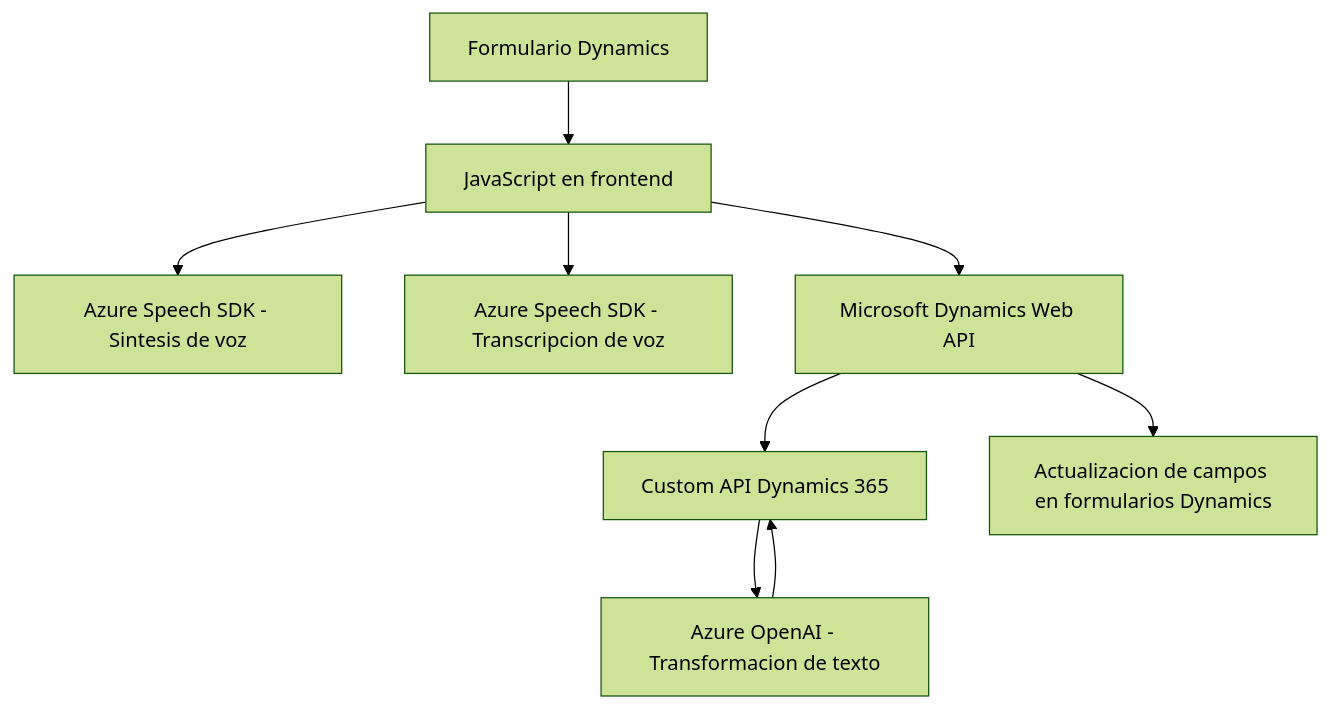
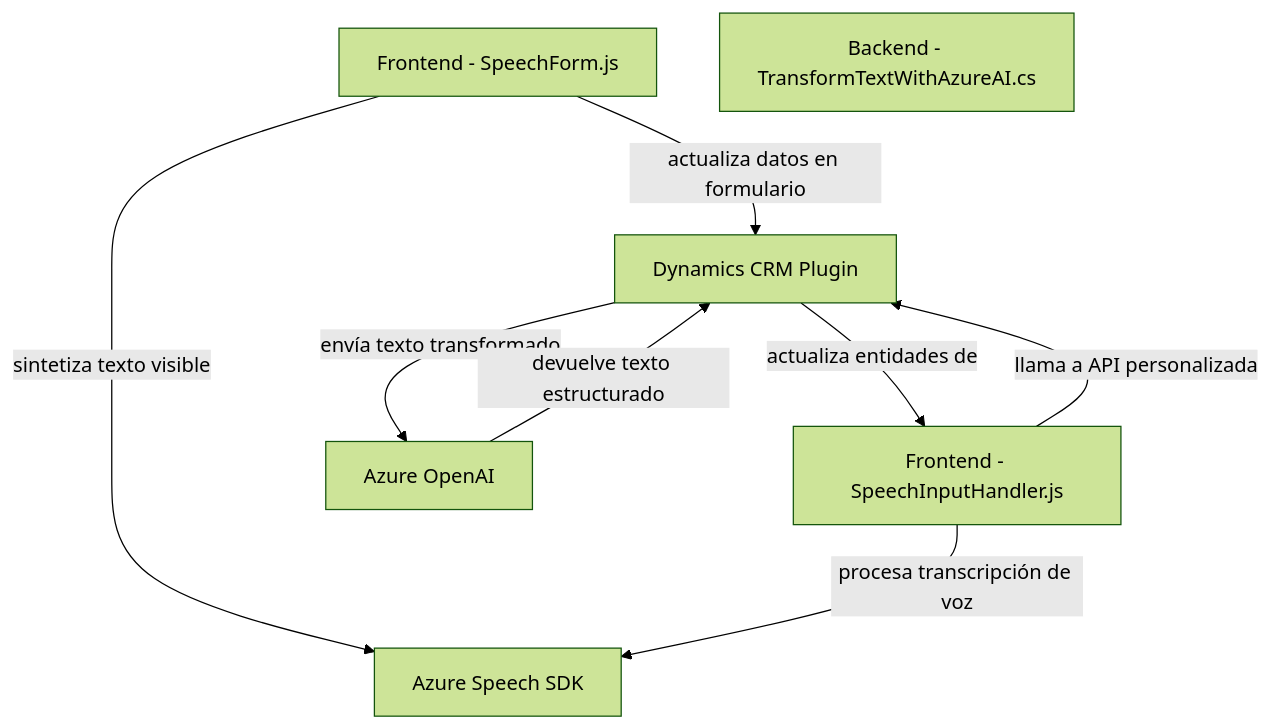
One commit to blopezdm/NETCORE_BILBAO2025 changed the diagram in README.md. Above: the diagram before and after it, drawn with Mermaid (forest theme). The commit also changed other lines of this file, not shown here.

````diff
--- a/README.md
+++ b/README.md
@@ -45,12 +40,18 @@
 ```mermaid
 graph TD
-    A["Formulario Dynamics"] --> B["JavaScript en frontend"]
-    B --> C["Azure Speech SDK - Sintesis de voz"]
-    B --> D["Azure Speech SDK - Transcripcion de voz"]
-    B --> E["Microsoft Dynamics Web API"]
-    E --> F["Custom API Dynamics 365"]
-    F --> G["Azure OpenAI - Transformacion de texto"]
+    A["Frontend - SpeechForm.js"]
+    B["Frontend - SpeechInputHandler.js"]
 
-    G --> F
-    E --> H["Actualizacion de campos en formularios Dynamics"]
+    C["Backend - TransformTextWithAzureAI.cs"]
+    D["Azure Speech SDK"]
+    E["Azure OpenAI"]
+    F["Dynamics CRM Plugin"]
+
+    A -->|sintetiza texto visible| D
+    B -->|procesa transcripción de voz| D
+    A -->|actualiza datos en formulario| F
+    B -->|llama a API personalizada| F
+    F -->|envía texto transformado| E
+    E -->|devuelve texto estructurado| F
+    F -->|actualiza entidades de | B
 ```
````
